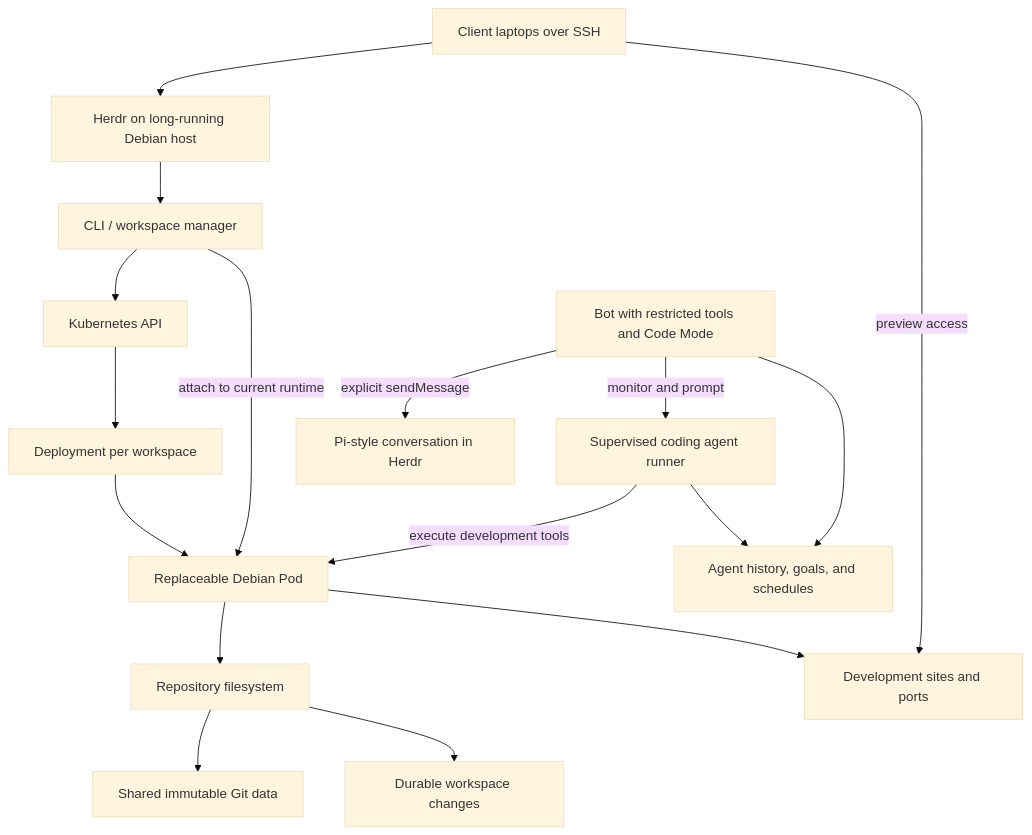
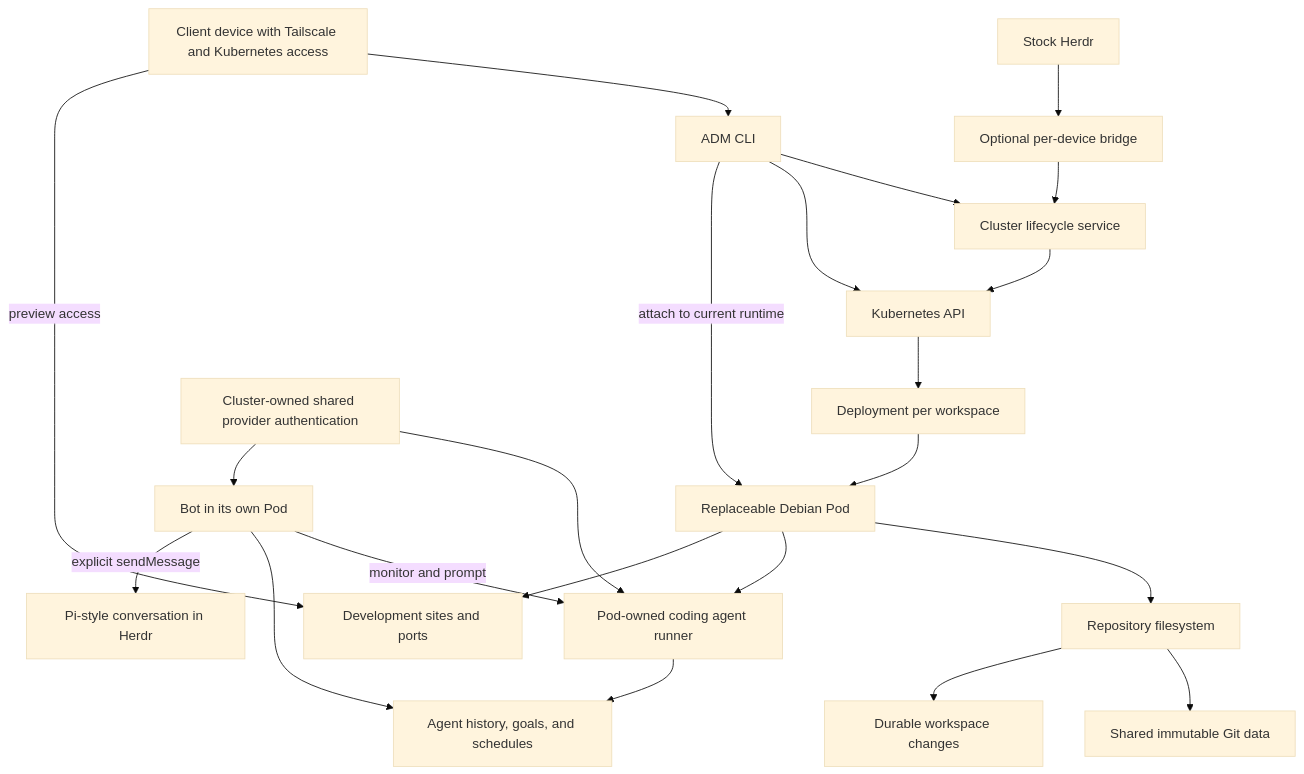
One commit to NWylynko/agentic-dev-machines changed the diagram in docs/product-requirements.md. Above: the diagram before and after it, drawn with Mermaid (base theme). The commit also changed other lines of this file and 1 other file, not shown here.

Commit message:
docs: record portable clients and shared provider decisions

````diff
--- a/docs/product-requirements.md
+++ b/docs/product-requirements.md
@@ -100,19 +111,24 @@
 ```mermaid
 flowchart TD
-    M[Client laptops over SSH] --> H[Herdr on long-running Debian host]
-    H --> C[CLI / workspace manager]
+    M[Client device with Tailscale and Kubernetes access] --> C[ADM CLI]
+    H[Stock Herdr] --> O[Optional per-device bridge]
+    O --> L[Cluster lifecycle service]
+    C --> L
     C --> K[Kubernetes API]
+    L --> K
     K --> D[Deployment per workspace]
     D --> P[Replaceable Debian Pod]
     C -->|attach to current runtime| P
     P --> R[Repository filesystem]
     R --> G[Shared immutable Git data]
     R --> W[Durable workspace changes]
-    A[Supervised coding agent runner] -->|execute development tools| P
+    P --> A[Pod-owned coding agent runner]
     A --> S[Agent history, goals, and schedules]
-    B[Bot with restricted tools and Code Mode] -->|monitor and prompt| A
+    B[Bot in its own Pod] -->|monitor and prompt| A
     B --> S
     B -->|explicit sendMessage| T[Pi-style conversation in Herdr]
+    F[Cluster-owned shared provider authentication] --> A
+    F --> B
     P --> V[Development sites and ports]
     M -->|preview access| V
 ```
````
